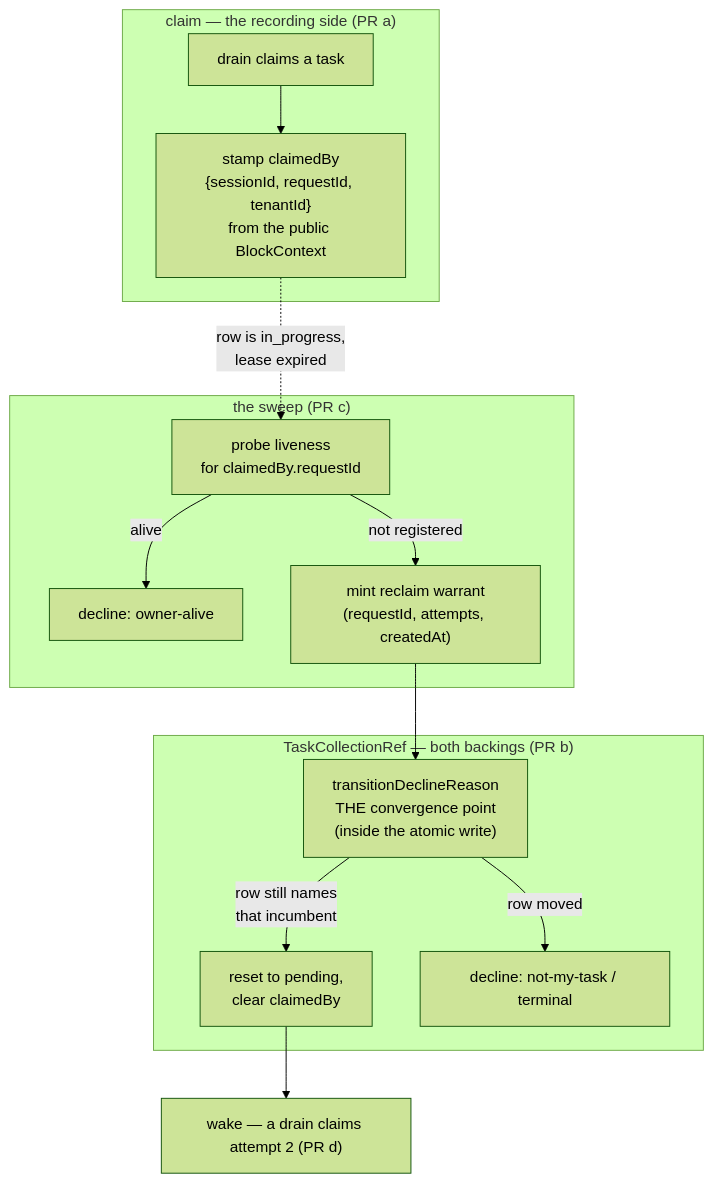
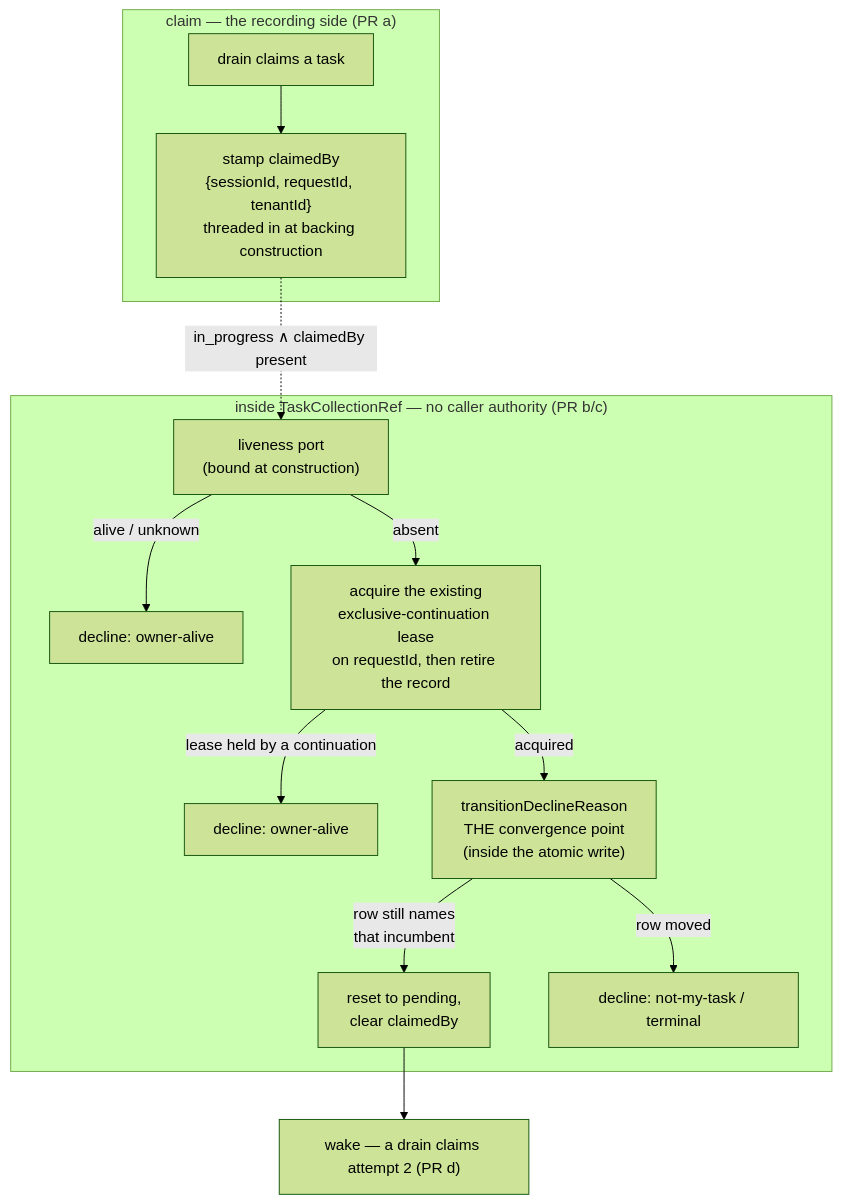
One commit to fixpoint-labs/flow-state-dev changed the diagram in spec/FIX-1005.md. Above: the diagram before and after it, drawn with Mermaid (forest theme). The commit also changed other lines of this file, not shown here.

First line of the commit message:
spec(FIX-1005): round 1 — unforgeable authority, continuation fence, OQ-1 settled

````diff
--- a/spec/FIX-1005.md
+++ b/spec/FIX-1005.md
@@ -234,17 +309,16 @@
 ```mermaid
 flowchart TD
   subgraph claim["claim — the recording side (PR a)"]
-    C["drain claims a task"] --> F["stamp claimedBy<br/>{sessionId, requestId, tenantId}<br/>from the public BlockContext"]
+    C["drain claims a task"] --> F["stamp claimedBy<br/>{sessionId, requestId, tenantId}<br/>threaded in at backing construction"]
   end
-  subgraph sweep["the sweep (PR c)"]
-    F -.->|row is in_progress,<br/>lease expired| P["probe liveness<br/>for claimedBy.requestId"]
-    P -->|alive| X["decline: owner-alive"]
-    P -->|not registered| W["mint reclaim warrant<br/>(requestId, attempts, createdAt)"]
-  end
-  subgraph guard["TaskCollectionRef — both backings (PR b)"]
-    W --> G["transitionDeclineReason<br/>THE convergence point<br/>(inside the atomic write)"]
+  subgraph coll["inside TaskCollectionRef — no caller authority (PR b/c)"]
+    F -.->|in_progress ∧ claimedBy present| P["liveness port<br/>(bound at construction)"]
+    P -->|alive / unknown| X["decline: owner-alive"]
+    P -->|absent| E["acquire the existing<br/>exclusive-continuation lease<br/>on requestId, then retire the record"]
+    E -->|lease held by a continuation| X2["decline: owner-alive"]
+    E -->|acquired| G["transitionDeclineReason<br/>THE convergence point<br/>(inside the atomic write)"]
     G -->|row still names<br/>that incumbent| R["reset to pending,<br/>clear claimedBy"]
     G -->|row moved| D["decline: not-my-task / terminal"]
   end
   R --> K["wake — a drain claims attempt 2 (PR d)"]
 ```
````
